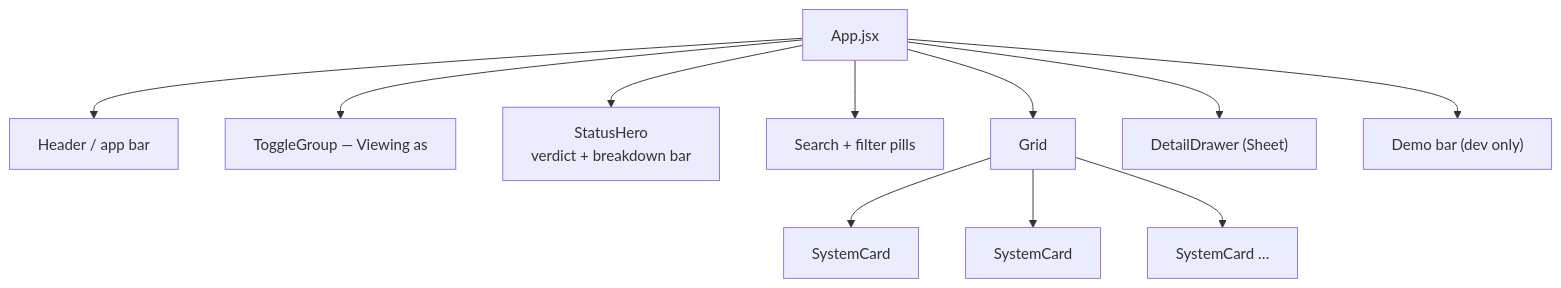
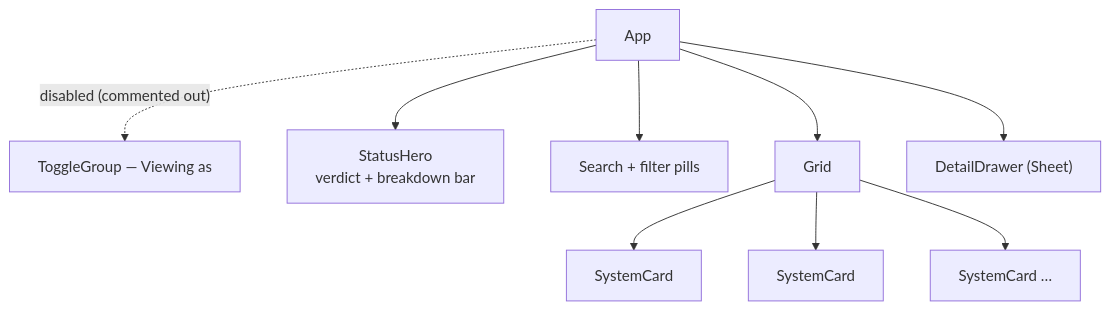
The eighth of 9 diagrams in PROJECT_GUIDE.md (pucardotorg/public-health-dashboard), drawn with Mermaid before and after one commit. The commit also changed other lines of this file and 16 other files, not shown here.

````diff
--- a/PROJECT_GUIDE.md
+++ b/PROJECT_GUIDE.md
@@ -316,13 +355,11 @@
 ```mermaid
 graph TD
-    App["App.jsx"] --> Header["Header / app bar"]
-    App --> Roles["ToggleGroup — Viewing as"]
+    App -. "disabled (commented out)" .-> Roles["ToggleGroup — Viewing as"]
     App --> Hero["StatusHero<br/>verdict + breakdown bar"]
     App --> Toolbar["Search + filter pills"]
     App --> Grid["Grid"]
     Grid --> Card1["SystemCard"]
     Grid --> Card2["SystemCard"]
     Grid --> CardN["SystemCard …"]
     App --> Drawer["DetailDrawer (Sheet)"]
-    App --> DemoBar["Demo bar (dev only)"]
 ```
````
